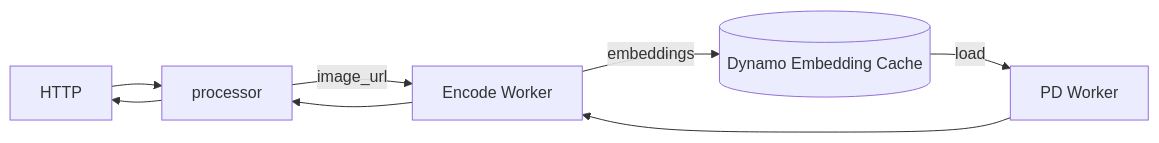
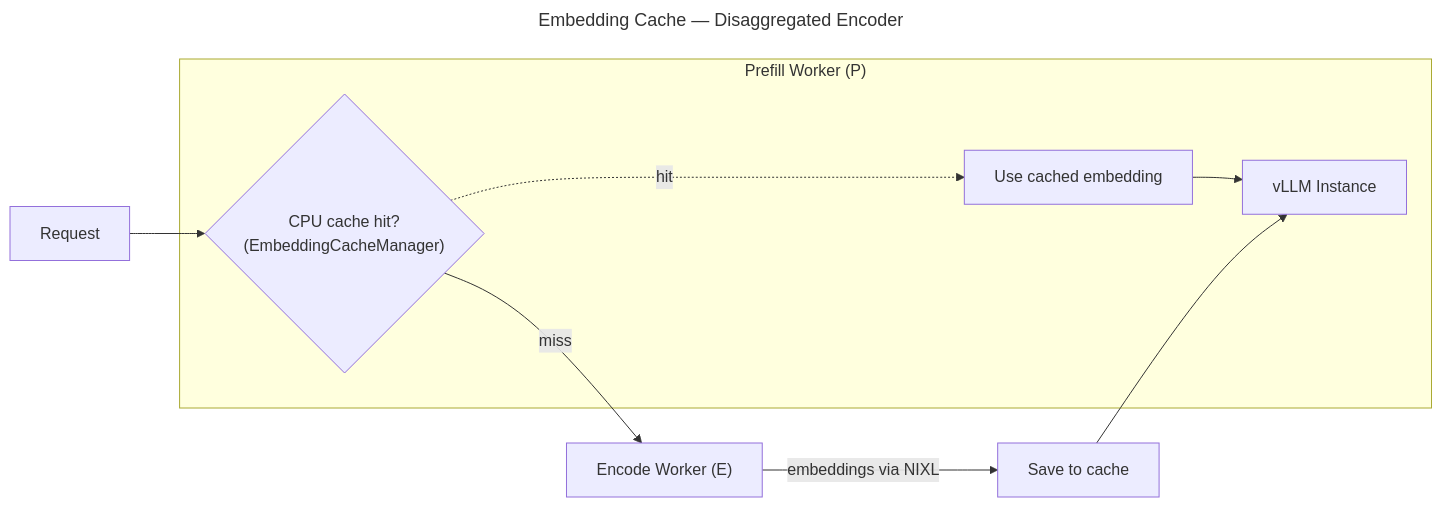
Before and after one commit to ai-dynamo/dynamo: the tenth of 10 diagrams in docs/pages/features/multimodal/multimodal-vllm.md, drawn with Mermaid. The commit also changed other lines of this file and 1 other file, not shown here.

Commit message:
docs: update mm embedding cache graphs

````diff
--- a/docs/pages/features/multimodal/multimodal-vllm.md
+++ b/docs/pages/features/multimodal/multimodal-vllm.md
@@ -448,10 +453,16 @@
 ```mermaid
+---
+title: Embedding Cache — Disaggregated Encoder
+---
 flowchart LR
-  HTTP --> processor
-  processor --> HTTP
-  processor --image_url--> encode_worker[Encode Worker]
-  encode_worker --> processor
-  encode_worker --embeddings--> cache[(Dynamo Embedding Cache)]
-  cache --load--> pd_worker[PD Worker]
-  pd_worker --> encode_worker
+    req[Request] --> cpu_check{"CPU cache hit?<br/>(EmbeddingCacheManager)"}
+
+    subgraph P ["Prefill Worker (P)"]
+        cpu_check -. hit .-> use[Use cached embedding]
+        use --> vllm[vLLM Instance]
+    end
+
+    cpu_check -- miss --> E["Encode Worker (E)"]
+    E -- "embeddings via NIXL" --> save["Save to cache"]
+    save --> vllm
 ```
````
